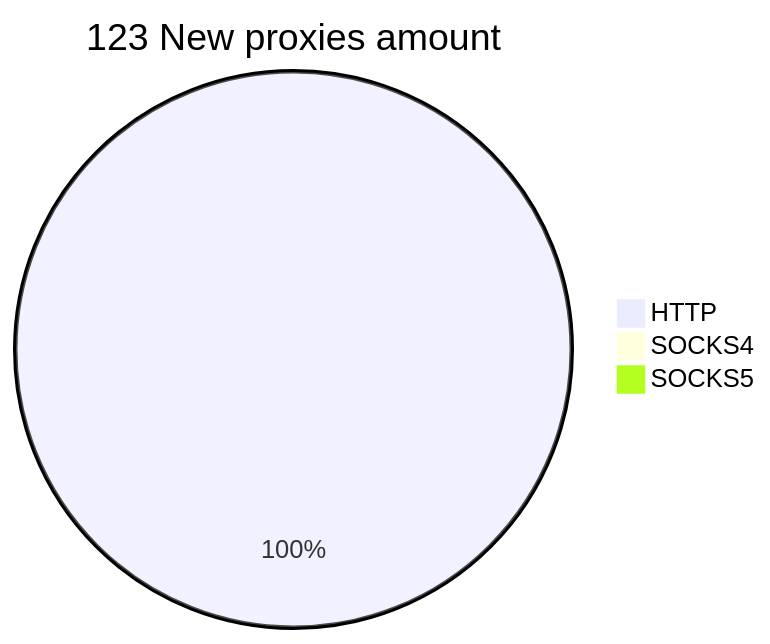
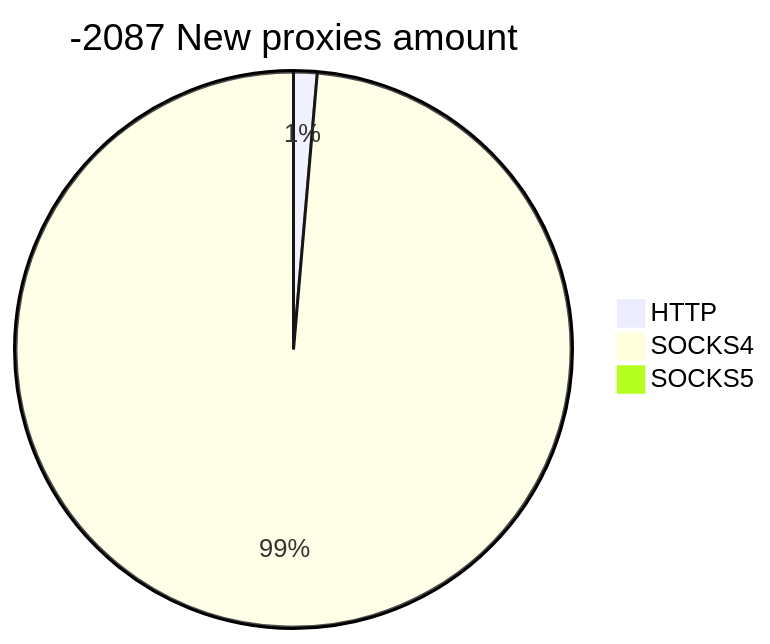
Before and after one commit to cutipu/proxylist: the second of 2 diagrams in README.md, drawn with Mermaid. The commit also changed other lines of this file, not shown here.

````diff
--- a/README.md
+++ b/README.md
@@ -10,6 +10,6 @@
 ```mermaid
-pie title 123 New proxies amount
-    "HTTP" : 123
-    "SOCKS4" : 0
+pie title -2087 New proxies amount
+    "HTTP" : 9
+    "SOCKS4" : 650
     "SOCKS5" : 0
 ```
````
